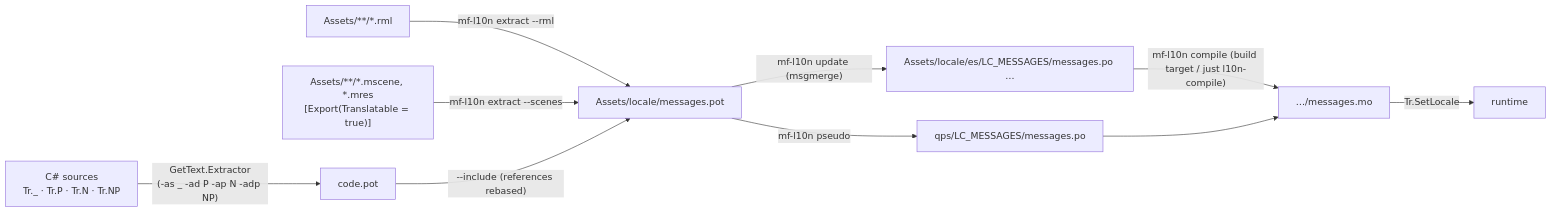
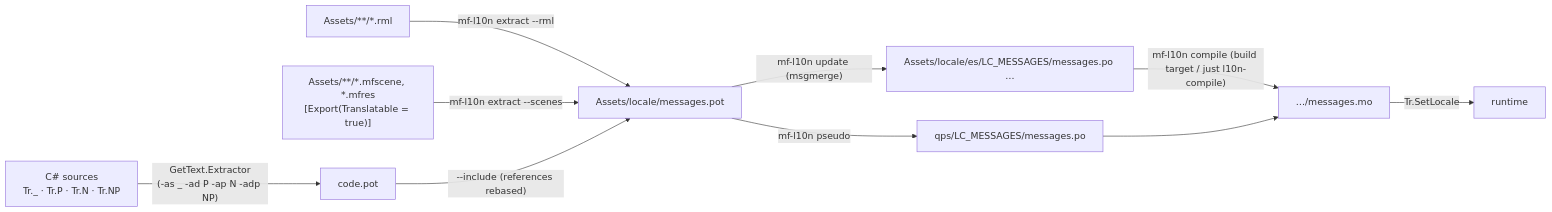
The diagram in docs/design/localization.md (Mainframe-Games/mainframe-engine), drawn with Mermaid before and after one commit. The commit also changed other lines of this file and 886 other files, not shown here.

````diff
--- a/docs/design/localization.md
+++ b/docs/design/localization.md
@@ -39,12 +39,12 @@
 ```mermaid
 flowchart LR
     CS["C# sources<br/>Tr._ · Tr.P · Tr.N · Tr.NP"] -->|"GetText.Extractor<br/>(-as _ -ad P -ap N -adp NP)"| P1["code.pot"]
     RML["Assets/**/*.rml"] -->|mf-l10n extract --rml| POT
-    SC["Assets/**/*.mscene, *.mres<br/>[Export(Translatable = true)]"] -->|mf-l10n extract --scenes| POT
+    SC["Assets/**/*.mfscene, *.mfres<br/>[Export(Translatable = true)]"] -->|mf-l10n extract --scenes| POT
     P1 -->|"--include (references rebased)"| POT["Assets/locale/messages.pot"]
     POT -->|"mf-l10n update (msgmerge)"| PO["Assets/locale/es/LC_MESSAGES/messages.po …"]
     POT -->|mf-l10n pseudo| QPS["qps/LC_MESSAGES/messages.po"]
     PO -->|"mf-l10n compile (build target / just l10n-compile)"| MO["…/messages.mo"]
     QPS --> MO
     MO -->|"Tr.SetLocale"| RT["runtime"]
 ```
````
